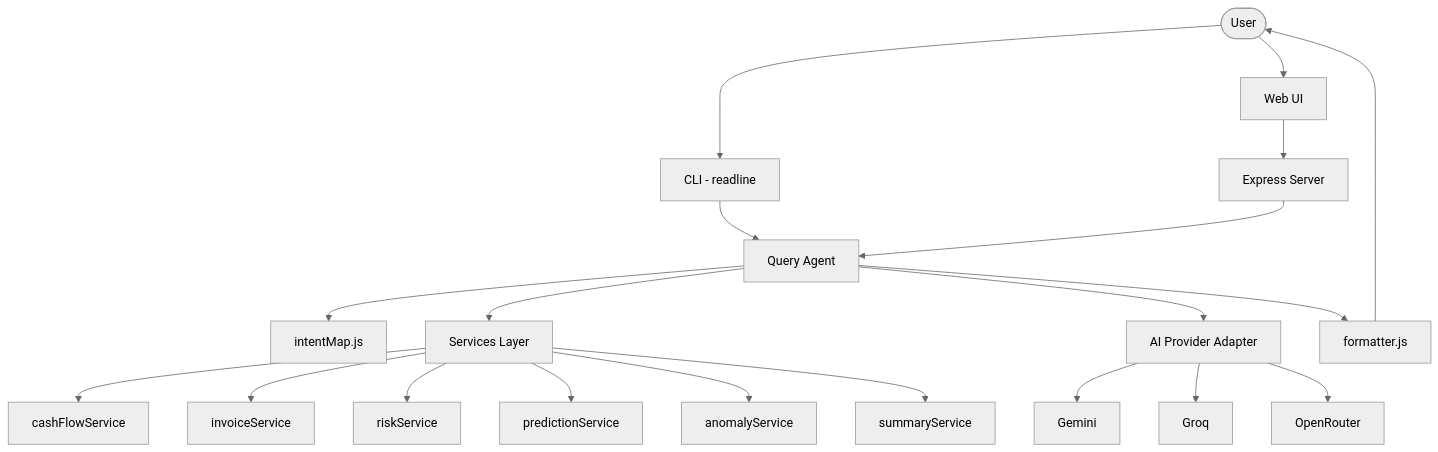
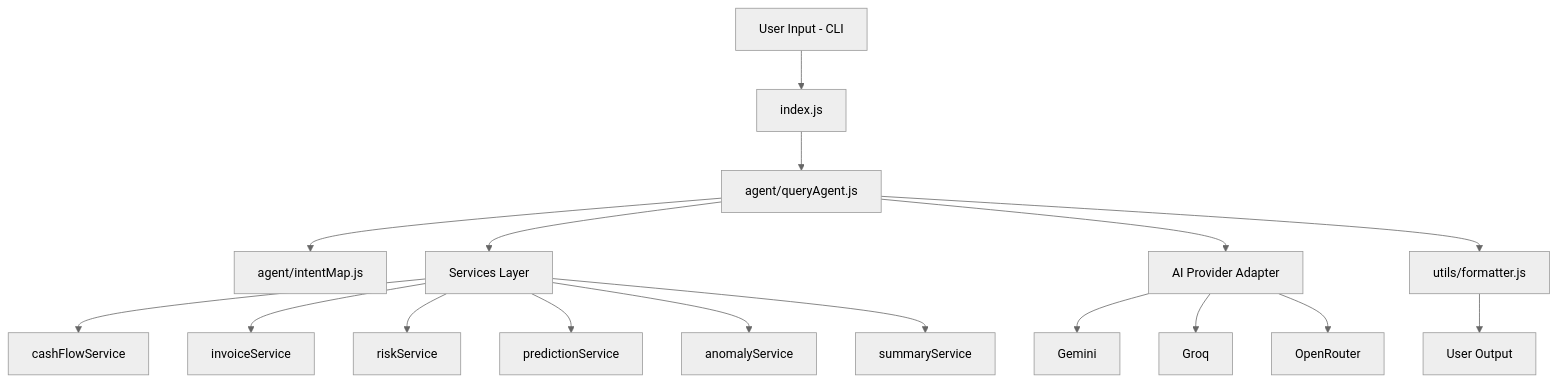
The diagram in README.md (krishan2005op/CashGuardian1), drawn with Mermaid (neutral theme) before and after one commit. The commit also changed other lines of this file, not shown here.

````diff
--- a/README.md
+++ b/README.md
@@ -46,22 +51,19 @@
 ```mermaid
 flowchart TD
-    U([User]) --> UI[Web UI]
-    U --> CLI[CLI - readline]
-    UI --> S[Express Server]
-    CLI --> A[Query Agent]
-    S --> A
-    A --> IM[intentMap.js]
-    A --> SL[Services Layer]
-    SL --> S1[cashFlowService]
-    SL --> S2[invoiceService]
-    SL --> S3[riskService]
-    SL --> S4[predictionService]
-    SL --> S5[anomalyService]
-    SL --> S6[summaryService]
-    A --> AI[AI Provider Adapter]
-    AI --> G[Gemini]
-    AI --> GR[Groq]
-    AI --> OR[OpenRouter]
-    A --> F[formatter.js]
-    F --> U
+    A[User Input - CLI] --> B[index.js]
+    B --> C[agent/queryAgent.js]
+    C --> D[agent/intentMap.js]
+    C --> E[Services Layer]
+    E --> E1[cashFlowService]
+    E --> E2[invoiceService]
+    E --> E3[riskService]
+    E --> E4[predictionService]
+    E --> E5[anomalyService]
+    E --> E6[summaryService]
+    C --> F[AI Provider Adapter]
+    F --> F1[Gemini]
+    F --> F2[Groq]
+    F --> F3[OpenRouter]
+    C --> G[utils/formatter.js]
+    G --> H[User Output]
 ```
````
